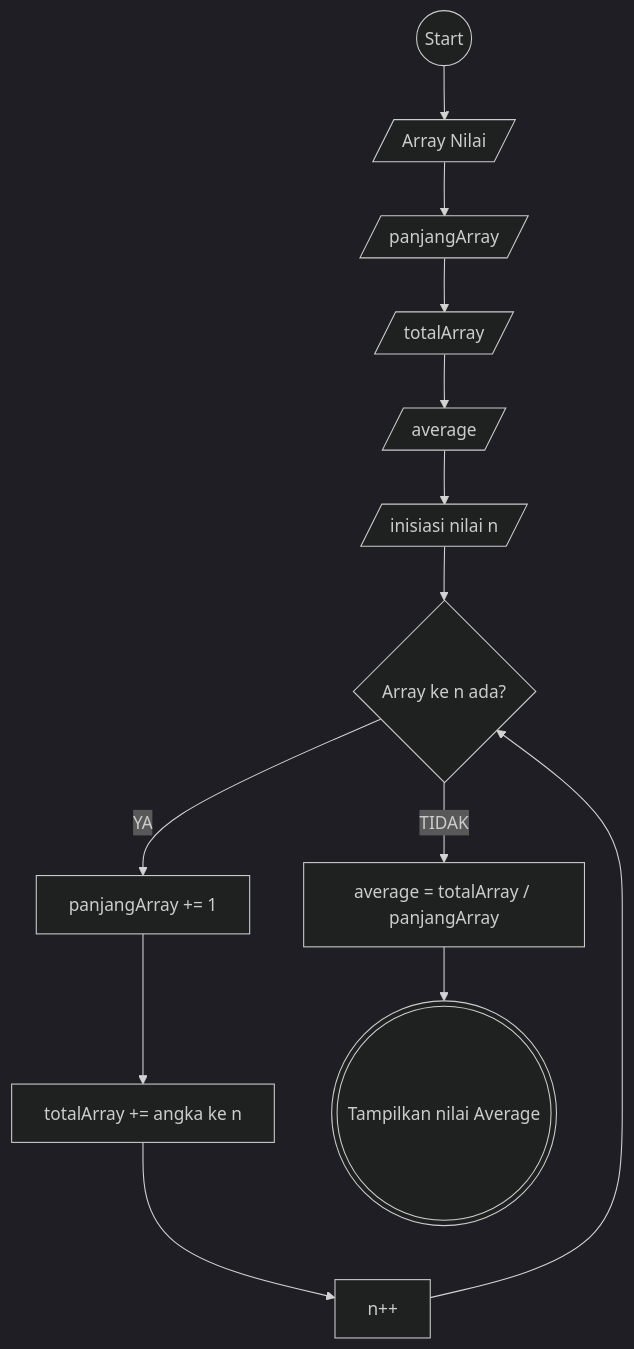
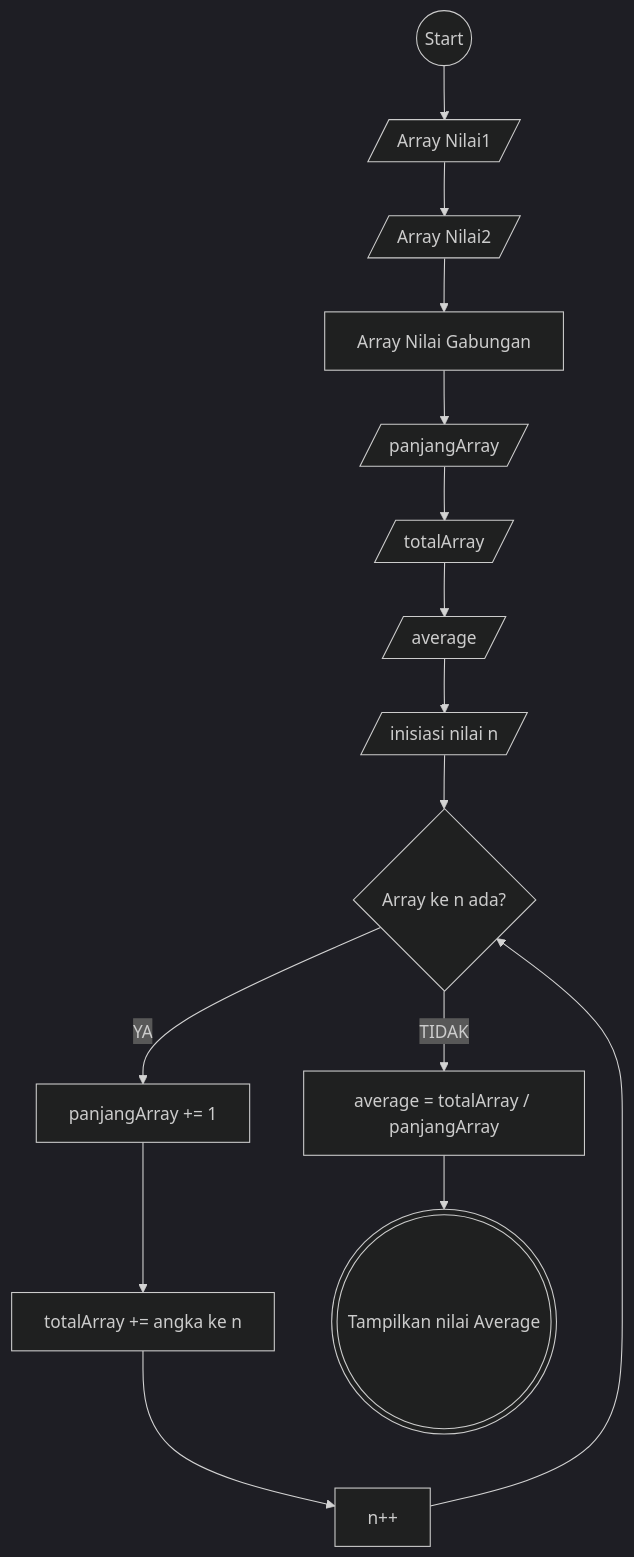
One commit to mfchrzlmzakky/koda-b1-javascript2 changed the third of 3 diagrams in koda-b1-javascript2-minitask1.md. Above: the diagram before and after it, drawn with Mermaid (dark theme). The commit also changed other lines of this file and 1 other file, not shown here.

Commit message:
refactor: split array initialization into separate variables and update flowchart documentation

````diff
--- a/koda-b1-javascript2-minitask1.md
+++ b/koda-b1-javascript2-minitask1.md
@@ -50,23 +54,25 @@
 ```mermaid
 flowchart TB
 start((Start))
 input2[/panjangArray/]
 input3[/totalArray/]
 input6[/average/]
-input1[/Array Nilai/]
+input1[/Array Nilai1/]
+input11[/Array Nilai2/]
 input7[/inisiasi nilai n/]
 proses1[n++]
 proses2[panjangArray += 1]
 proses3[totalArray += angka ke n]
 proses3[totalArray += angka ke n]
 proses4[average = totalArray / panjangArray]
+proses122[Array Nilai Gabungan]
 check1{Array ke n ada?}
 output1(((Tampilkan nilai Average)))
-start -->input1
-input1-->input2-->input3-->input6
+start -->input1-->input11-->proses122
+proses122-->input2-->input3-->input6
 input6 --> input7
 input7 --> check1
 check1 -- YA --> proses2-->proses3 --> proses1
 proses1 --> check1
 check1 -- TIDAK --> proses4-->output1
 ```
````
